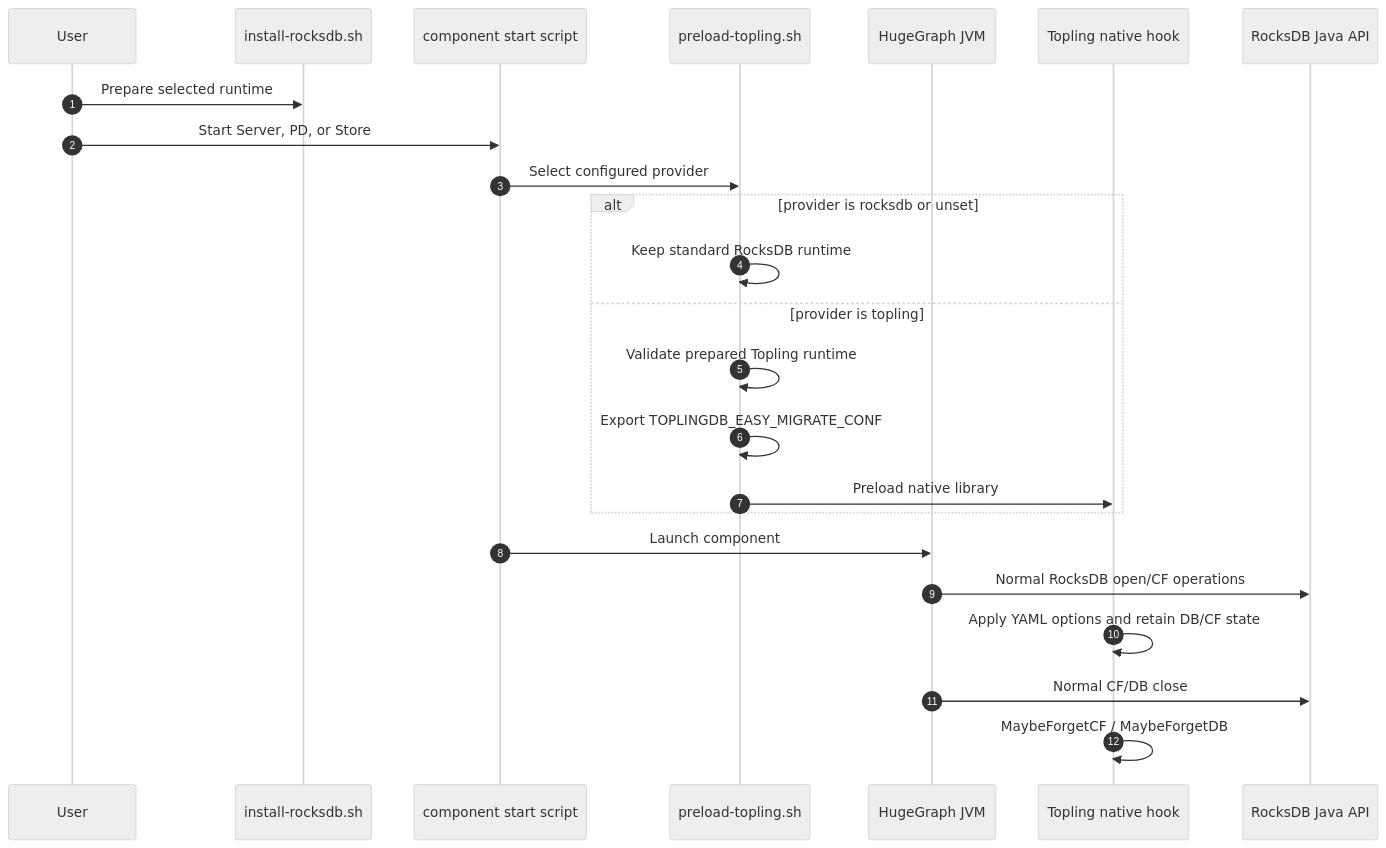
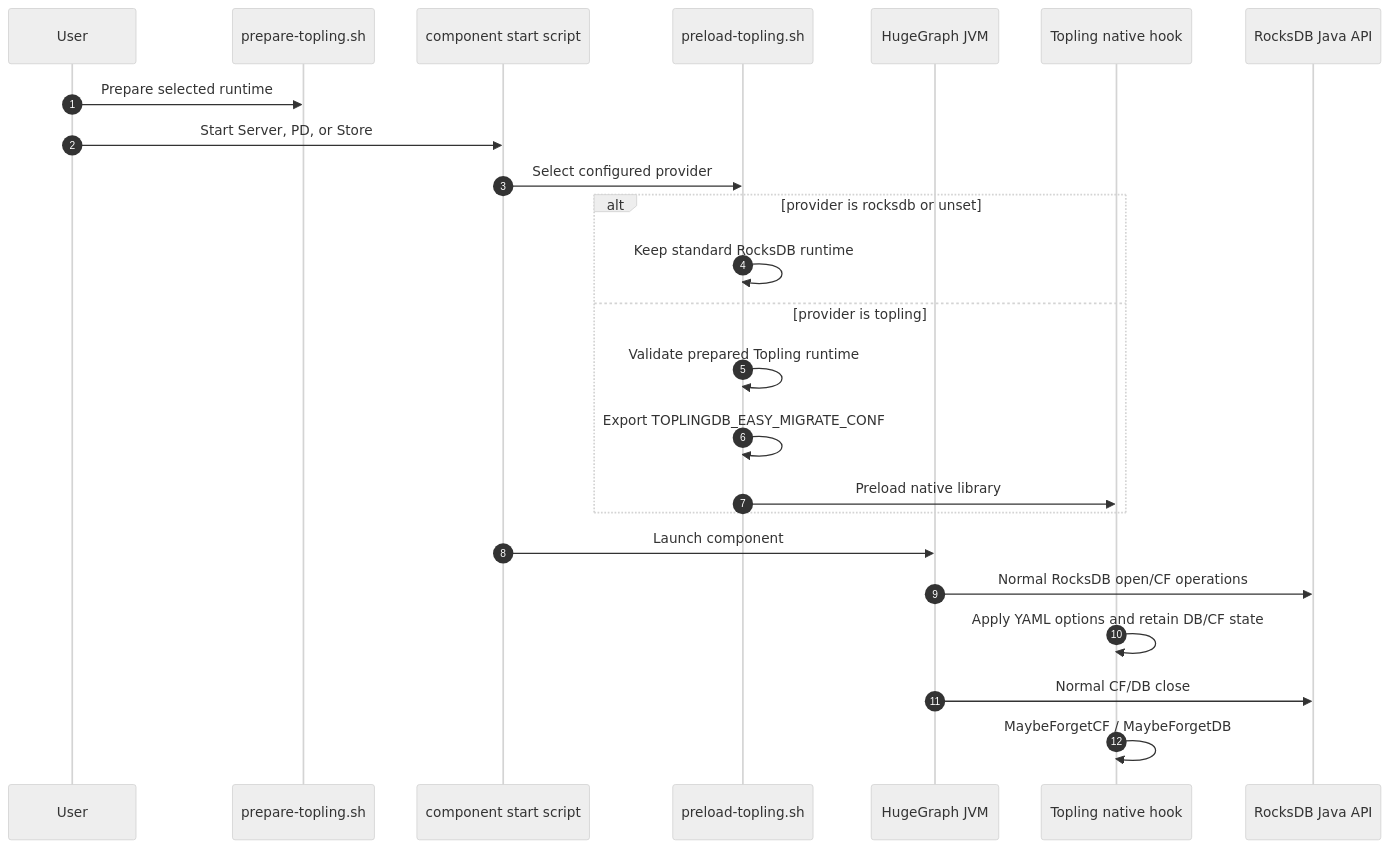
The diagram in .specs/hugegraph-server/ToplingDB/design.md (hugegraph/hugegraph), drawn with Mermaid (neutral theme) before and after one commit. The commit also changed 17 other files, not shown here.

````diff
--- a/.specs/hugegraph-server/ToplingDB/design.md
+++ b/.specs/hugegraph-server/ToplingDB/design.md
@@ -33,27 +33,27 @@
 ```mermaid
 sequenceDiagram
   autonumber
   participant User
-  participant Install as install-rocksdb.sh
+  participant Install as prepare-topling.sh
   participant Start as component start script
   participant Preload as preload-topling.sh
   participant JVM as HugeGraph JVM
   participant Hook as Topling native hook
   participant Rocks as RocksDB Java API
 
   User->>Install: Prepare selected runtime
   User->>Start: Start Server, PD, or Store
   Start->>Preload: Select configured provider
   alt provider is rocksdb or unset
     Preload->>Preload: Keep standard RocksDB runtime
   else provider is topling
     Preload->>Preload: Validate prepared Topling runtime
     Preload->>Preload: Export TOPLINGDB_EASY_MIGRATE_CONF
     Preload->>Hook: Preload native library
   end
   Start->>JVM: Launch component
   JVM->>Rocks: Normal RocksDB open/CF operations
   Hook->>Hook: Apply YAML options and retain DB/CF state
   JVM->>Rocks: Normal CF/DB close
   Hook->>Hook: MaybeForgetCF / MaybeForgetDB
 ```
````
